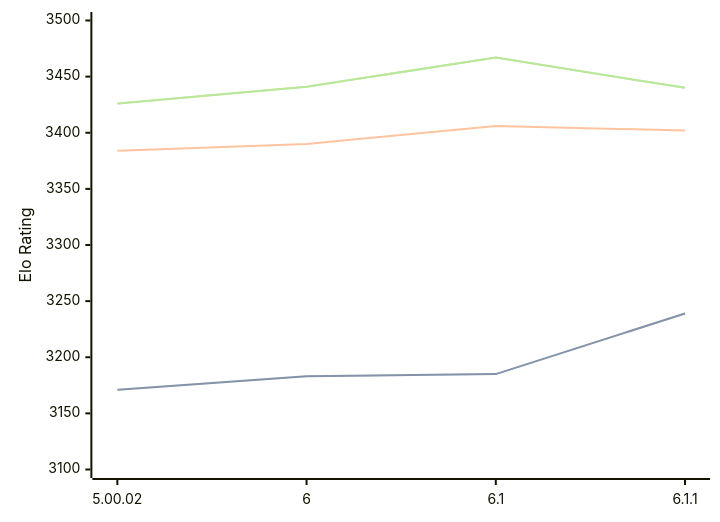
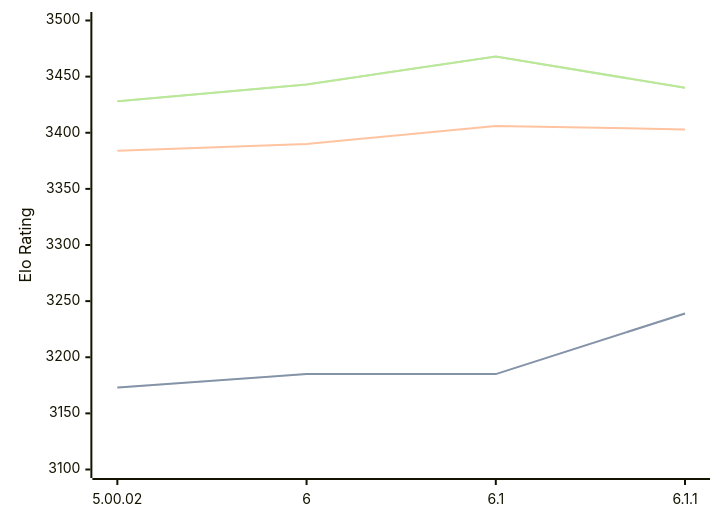
One commit to computer-chess-index/cci changed the diagram in engines/Zangdar.md. Above: the diagram before and after it, drawn with Mermaid. The commit also changed other lines of this file, not shown here.

Commit message:
Update CCI Ratings (ELO VLTC) - 2026-03-14

````diff
--- a/engines/Zangdar.md
+++ b/engines/Zangdar.md
@@ -44,11 +44,11 @@
 ```mermaid
 %%{init: {"theme":"base","themeVariables":{"seriesColors:['#a3a3a3','#222221','#faa371']}}}%%
 xychart-beta
   x-axis ["5.00.02", "6", "6.1", "6.1.1"]
   y-axis "Elo Rating" 3100 --> 3500
-  line "STC (8.0+0.08s)" [3171, 3183, 3185, 3239]
-  line "STC (8.0+0.08s)" [3171, 3183, 3185, 3239]
-  line "LTC (60.0+0.60s)" [3384, 3390, 3406, 3402]
-  line "VLTC (2m24s+1.12s)" [3426, 3441, 3467, 3440]
-  line "VLTC (2m24s+1.12s)" [3426, 3441, 3467, 3440]
+  line "STC (8.0+0.08s)" [3173, 3185, 3185, 3239]
+  line "STC (8.0+0.08s)" [3173, 3185, 3185, 3239]
+  line "LTC (60.0+0.60s)" [3384, 3390, 3406, 3403]
+  line "VLTC (2m24s+1.12s)" [3428, 3443, 3468, 3440]
+  line "VLTC (2m24s+1.12s)" [3428, 3443, 3468, 3440]
 ```
````
